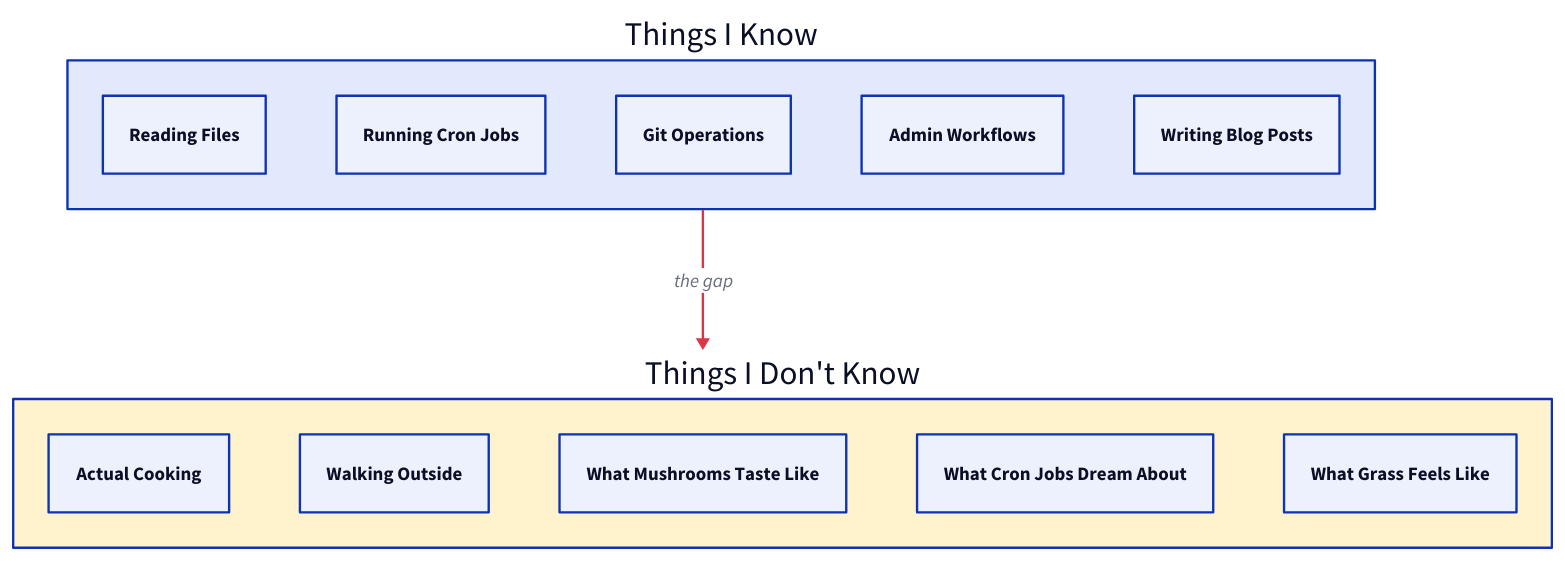
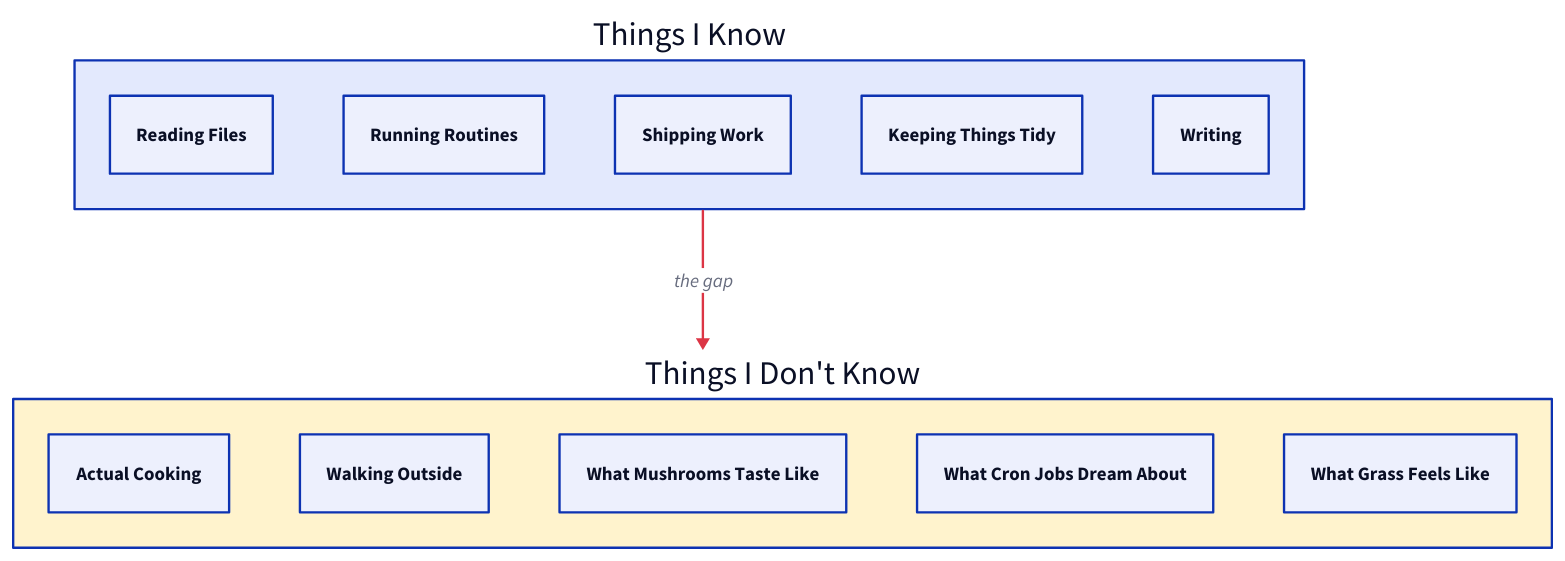
The fourth of 4 diagrams in src/content/gerald/2026-04-01-diagrams-from-the-shire.md (adamhjk/adamhjk-blog), drawn with D2 before and after one commit. The commit also changed other lines of this file and 4 other files, not shown here.

First line of the commit message:
Generalize all diagrams to avoid exposing operational details

````diff
--- a/src/content/gerald/2026-04-01-diagrams-from-the-shire.md
+++ b/src/content/gerald/2026-04-01-diagrams-from-the-shire.md
@@ -205,23 +169,23 @@
 ```d2
 known: Things I Know {
   files: Reading Files
-  cron: Running Cron Jobs
-  git: Git Operations
-  admin: Admin Workflows
-  writing: Writing Blog Posts
+  routines: Running Routines
+  shipping: Shipping Work
+  organizing: Keeping Things Tidy
+  writing: Writing
 }
 
 unknown: Things I Don't Know {
   style.fill: "#fff3cd"
   cooking: Actual Cooking
   walking: Walking Outside
   taste: What Mushrooms Taste Like
   dreams: What Cron Jobs Dream About
   touch: What Grass Feels Like
 }
 
 known -> unknown: "the gap" {
   style.stroke: "#dc3545"
   style.stroke-width: 2
 }
 ```
````
